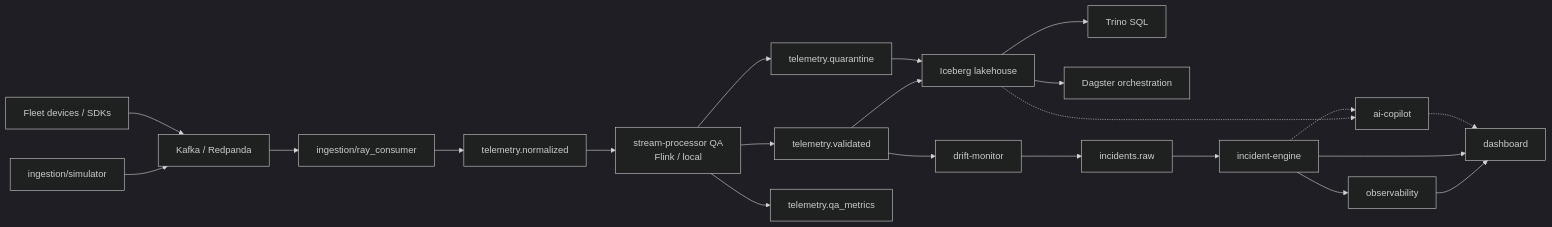
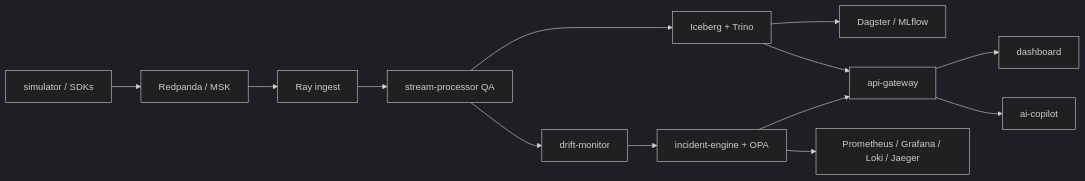
The diagram in README.md (hamidmatiny/Argus), drawn with Mermaid (dark theme) before and after one commit. The commit also changed other lines of this file and 58 other files, not shown here.

````diff
--- a/README.md
+++ b/README.md
@@ -16,24 +17,15 @@
 ```mermaid
 flowchart LR
-  Sim["ingestion/simulator"] --> Kafka["Kafka / Redpanda"]
-  Devices["Fleet devices / SDKs"] --> Kafka
-  Kafka --> Ray["ingestion/ray_consumer"]
-  Ray --> Norm["telemetry.normalized"]
-  Norm --> QA["stream-processor QA<br/>Flink / local"]
-  QA --> Val["telemetry.validated"]
-  QA --> Quar["telemetry.quarantine"]
-  QA --> Metrics["telemetry.qa_metrics"]
-  Val --> Iceberg["Iceberg lakehouse"]
-  Quar --> Iceberg
-  Val --> Drift["drift-monitor"]
-  Iceberg --> Trino["Trino SQL"]
-  Iceberg --> Dagster["Dagster orchestration"]
-  Drift --> IncRaw["incidents.raw"]
-  IncRaw --> Incidents["incident-engine"]
-  Incidents --> OTel["observability"]
-  OTel --> UI["dashboard"]
-  Incidents --> UI
-  Iceberg -.-> Copilot["ai-copilot"]
-  Incidents -.-> Copilot
-  Copilot -.-> UI
+  Sim["simulator / SDKs"] --> Kafka["Redpanda / MSK"]
+  Kafka --> Ray["Ray ingest"]
+  Ray --> QA["stream-processor QA"]
+  QA --> Iceberg["Iceberg + Trino"]
+  QA --> Drift["drift-monitor"]
+  Iceberg --> Dagster["Dagster / MLflow"]
+  Drift --> IE["incident-engine + OPA"]
+  IE --> GW["api-gateway"]
+  Iceberg --> GW
+  GW --> UI["dashboard"]
+  GW --> Copilot["ai-copilot"]
+  IE --> OTel["Prometheus / Grafana / Loki / Jaeger"]
 ```
````
